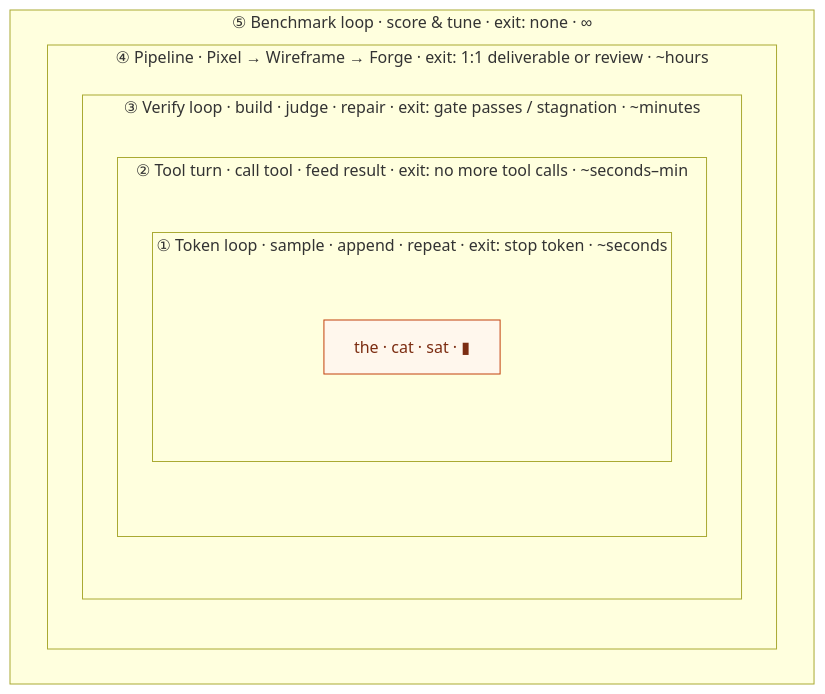
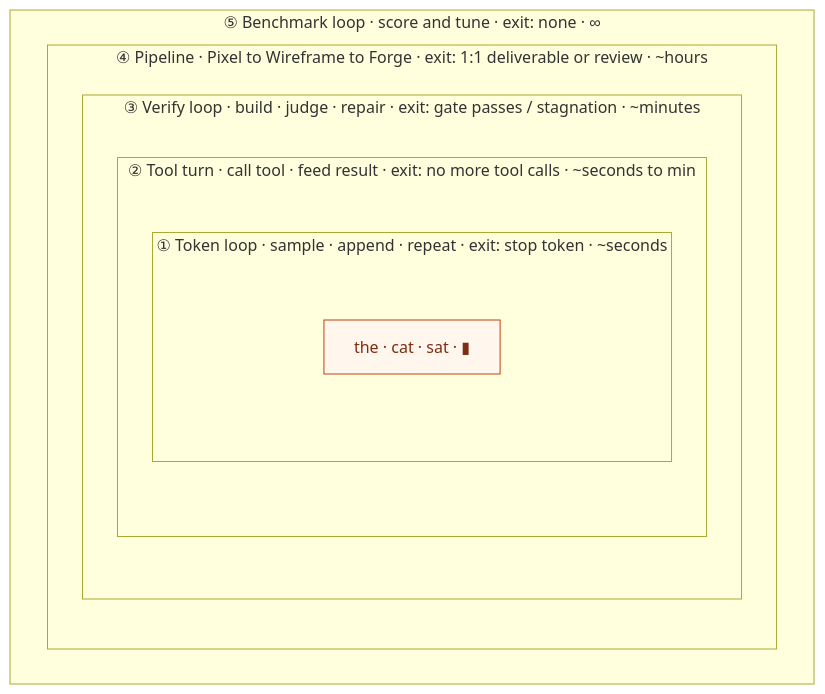
One commit to 0xtigerclaw/war_loops changed the second of 2 diagrams in README.md. Above: the diagram before and after it, drawn with Mermaid. The commit also changed other lines of this file, not shown here.

````diff
--- a/README.md
+++ b/README.md
@@ -96,15 +96,15 @@
 ```mermaid
 flowchart TB
-  subgraph L5["⑤ Benchmark loop · score &amp; tune · exit: none · ∞"]
-    subgraph L4["④ Pipeline · Pixel → Wireframe → Forge · exit: 1:1 deliverable or review · ~hours"]
+  subgraph L5["⑤ Benchmark loop · score and tune · exit: none · ∞"]
+    subgraph L4["④ Pipeline · Pixel to Wireframe to Forge · exit: 1:1 deliverable or review · ~hours"]
       subgraph L3["③ Verify loop · build · judge · repair · exit: gate passes / stagnation · ~minutes"]
-        subgraph L2["② Tool turn · call tool · feed result · exit: no more tool calls · ~seconds–min"]
+        subgraph L2["② Tool turn · call tool · feed result · exit: no more tool calls · ~seconds to min"]
           subgraph L1["① Token loop · sample · append · repeat · exit: stop token · ~seconds"]
             TOK["the · cat · sat · ▮"]:::tok
           end
         end
       end
     end
   end
   classDef tok fill:#fff7ed,stroke:#c2410c,color:#7c2d12;
 ```
````
